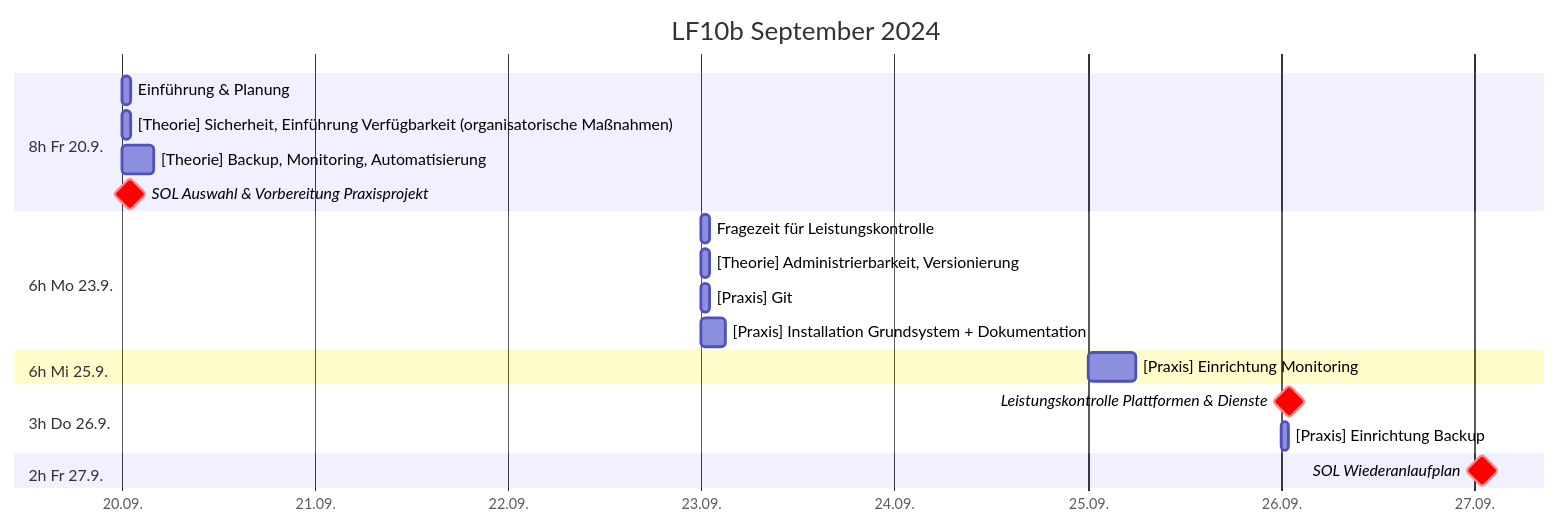
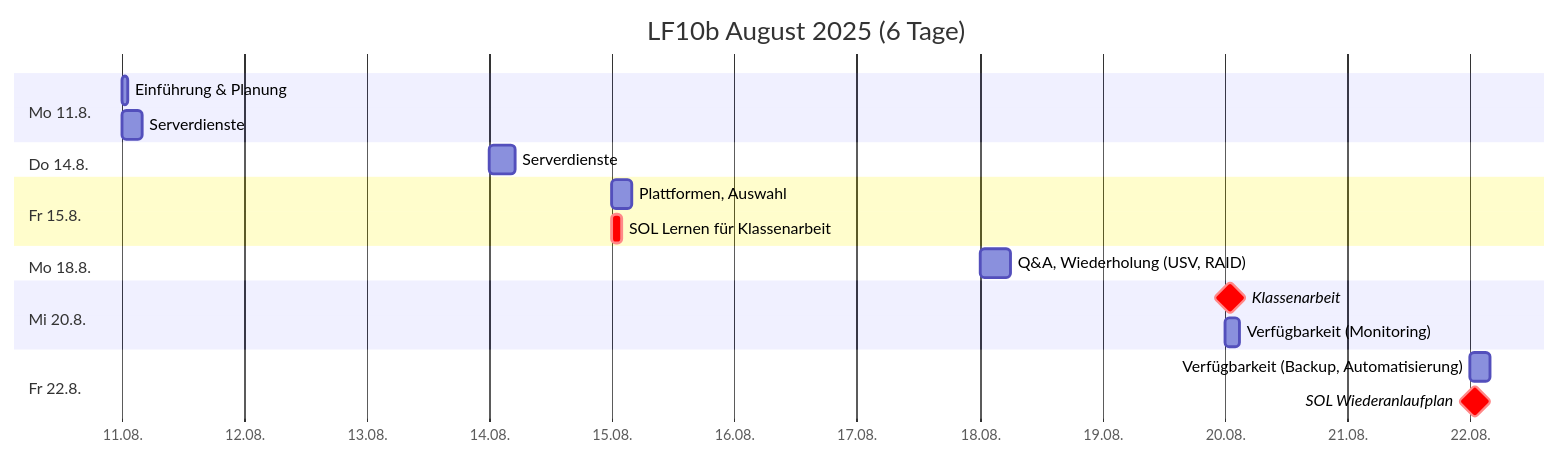
Before and after one commit to johannesloetzsch/LF10b: the first of 3 diagrams in src/plan.md, drawn with Mermaid. The commit also changed other lines of this file and 26 other files, not shown here.

````diff
--- a/src/plan.md
+++ b/src/plan.md
@@ -5,23 +7,22 @@
 ```mermaid
 gantt
- title LF10b September 2024
+ title LF10b August 2025 (6 Tage)
  dateFormat YYYY-MM-DD
  axisFormat %d.%m.
- section 8h Fr 20.9.
-  Einführung & Planung          :2024-09-20, 1h
-  [Theorie] Sicherheit, Einführung Verfügbarkeit (organisatorische Maßnahmen)  :2024-09-20, 1h
-  [Theorie] Backup, Monitoring, Automatisierung   :2024-09-20, 4h
-  SOL Auswahl & Vorbereitung Praxisprojekt :crit, milestone, 2024-09-20, 2h
- section 6h Mo 23.9.
-  Fragezeit für Leistungskontrolle                   :2024-09-23, 1h
-  [Theorie] Administrierbarkeit, Versionierung       :2024-09-23, 1h
-  [Praxis] Git                  :2024-09-23, 1h
-  [Praxis] Installation Grundsystem + Dokumentation  :2024-09-23, 3h
- section 6h Mi 25.9.
-  [Praxis] Einrichtung Monitoring :2024-09-25, 6h
- section 3h Do 26.9.
-  Leistungskontrolle Plattformen & Dienste  :crit, milestone, 2024-09-26, 2h
-  [Praxis] Einrichtung Backup   :2024-09-26, 1h
- section 2h Fr 27.9.
-  SOL Wiederanlaufplan          :crit, milestone, 2024-09-27, 2h
+ section Mo 11.8.
+  Einführung & Planung          :2025-08-11, 1h
+  Serverdienste                 :2025-08-11, 4h
+ section Do 14.8.
+  Serverdienste                 :2025-08-14, 5h
+ section Fr 15.8.
+  Plattformen, Auswahl          :2025-08-15, 4h
+  SOL Lernen für Klassenarbeit  :crit, 2025-08-15, 2h
+ section Mo 18.8.
+  Q&A, Wiederholung (USV, RAID) :2025-08-18, 6h
+ section Mi 20.8.
+  Klassenarbeit                 :crit, milestone, 2025-08-20, 2h
+  Verfügbarkeit (Monitoring)    :2025-08-20, 3h
+ section Fr 22.8.
+  Verfügbarkeit (Backup, Automatisierung) :2025-08-22, 4h
+  SOL Wiederanlaufplan          :crit, milestone, 2025-08-22, 2h
 ```
````
